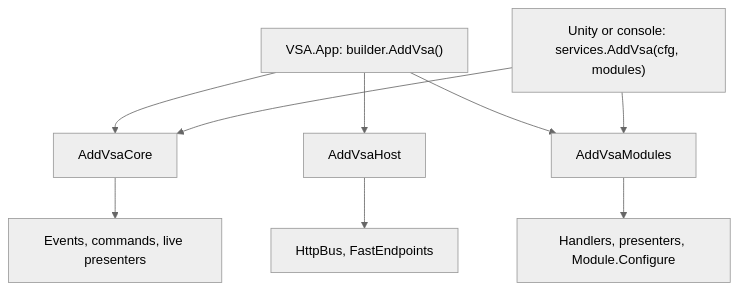
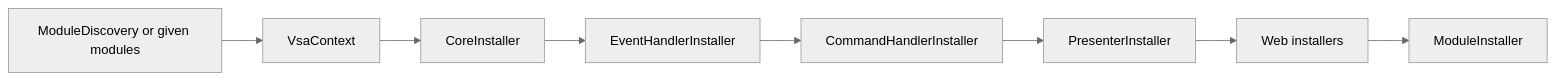
Before and after one commit to MgCohen/vsa-template: the diagram in docs/composition.md, drawn with Mermaid (neutral theme). The commit also changed other lines of this file and 61 other files, not shown here.

First line of the commit message:
Compose VSA with installer classes and IVsaServices

````diff
--- a/docs/composition.md
+++ b/docs/composition.md
@@ -7,11 +7,10 @@
 ```mermaid
-flowchart TD
-    A["VSA.App: builder.AddVsa()"] --> C[AddVsaCore]
-    A --> H[AddVsaHost]
-    A --> M[AddVsaModules]
-    U["Unity or console: services.AddVsa(cfg, modules)"] --> C
-    U --> M
-    C --> C1[Events, commands, live presenters]
-    H --> H1[HttpBus, FastEndpoints]
-    M --> M1[Handlers, presenters, Module.Configure]
+flowchart LR
+    D[ModuleDiscovery or given modules] --> X[VsaContext]
+    X --> C[CoreInstaller]
+    C --> E[EventHandlerInstaller]
+    E --> K[CommandHandlerInstaller]
+    K --> P[PresenterInstaller]
+    P --> W[Web installers]
+    W --> M[ModuleInstaller]
 ```
````
